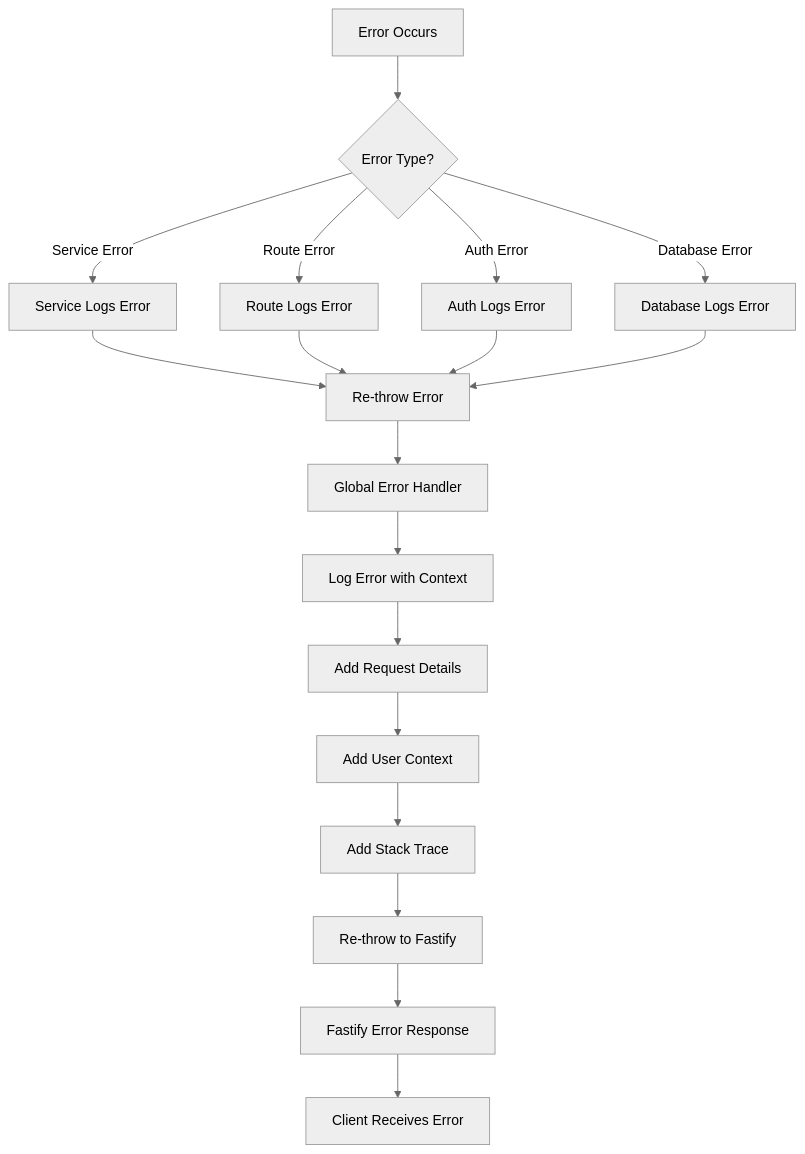
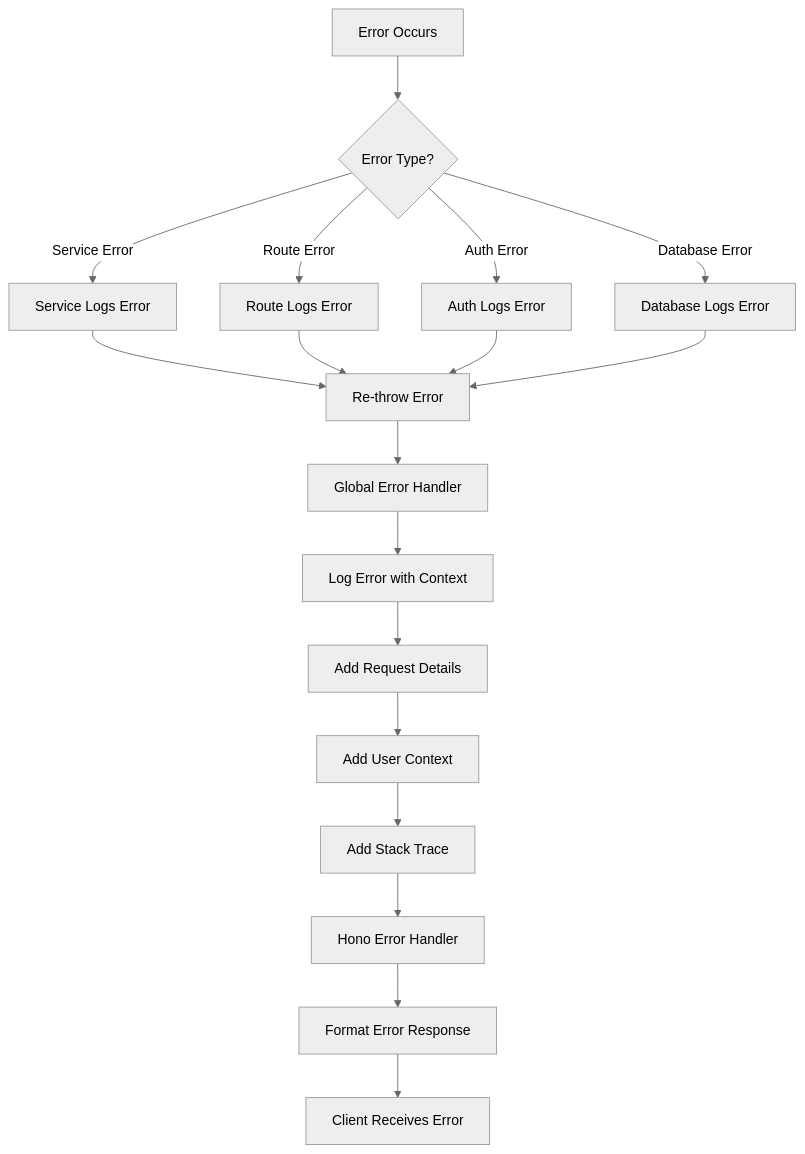
Before and after one commit to Blawby/blawby-backend: the sixth of 24 diagrams in README.md, drawn with Mermaid (neutral theme). The commit also changed other lines of this file and 8 other files, not shown here.

````diff
--- a/README.md
+++ b/README.md
@@ -305,24 +309,24 @@
 ```mermaid
 graph TD
     A[Error Occurs] --> B{Error Type?}
 
     B -->|Service Error| C[Service Logs Error]
     B -->|Route Error| D[Route Logs Error]
     B -->|Auth Error| E[Auth Logs Error]
     B -->|Database Error| F[Database Logs Error]
 
     C --> G[Re-throw Error]
     D --> G
     E --> G
     F --> G
 
     G --> H[Global Error Handler]
     H --> I[Log Error with Context]
     I --> J[Add Request Details]
     J --> K[Add User Context]
     K --> L[Add Stack Trace]
 
-    L --> M[Re-throw to Fastify]
-    M --> N[Fastify Error Response]
+    L --> M[Hono Error Handler]
+    M --> N[Format Error Response]
     N --> O[Client Receives Error]
 ```
````
